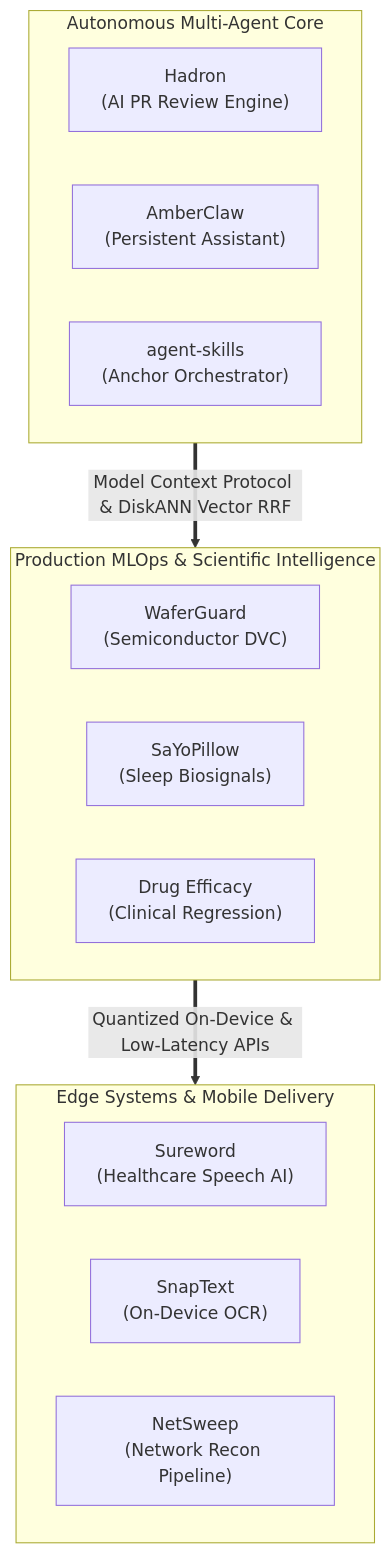
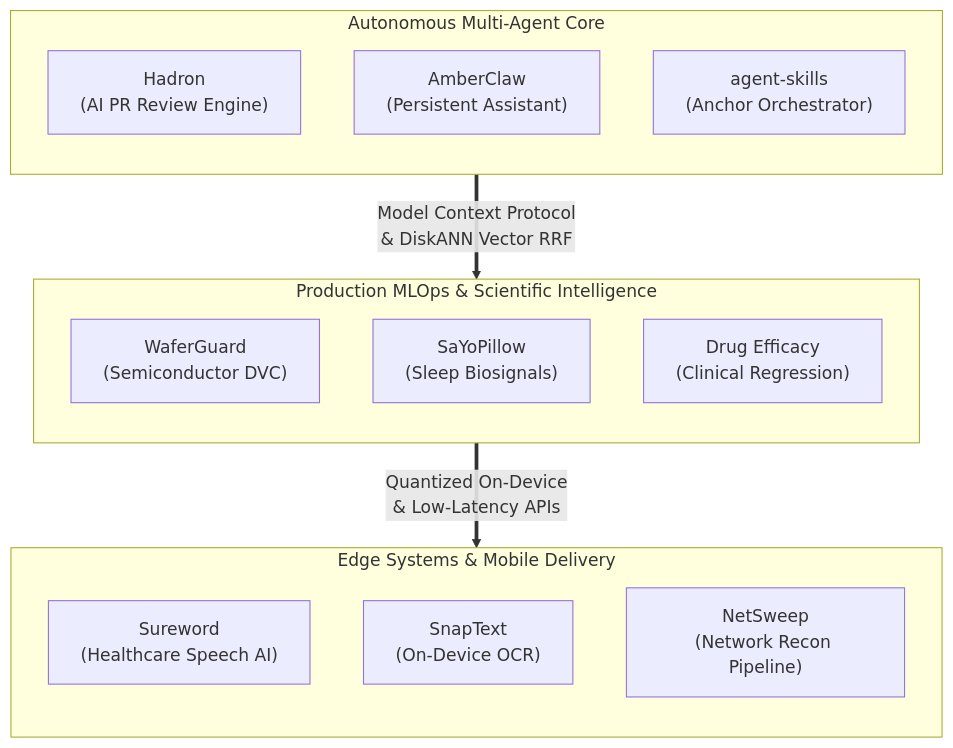
One commit to krishujeniya/krishujeniya changed the diagram in README.md. Above: the diagram before and after it, drawn with Mermaid. The commit also changed other lines of this file, not shown here.

````diff
--- a/README.md
+++ b/README.md
@@ -57,23 +46,26 @@
 ```mermaid
 flowchart TD
     subgraph MultiAgent["Autonomous Multi-Agent Core"]
+        direction TB
         A1["Hadron<br/>(AI PR Review Engine)"]
         A2["AmberClaw<br/>(Persistent Assistant)"]
         A3["agent-skills<br/>(Anchor Orchestrator)"]
     end
 
     subgraph MLOps["Production MLOps & Scientific Intelligence"]
+        direction TB
         B1["WaferGuard<br/>(Semiconductor DVC)"]
         B2["SaYoPillow<br/>(Sleep Biosignals)"]
         B3["Drug Efficacy<br/>(Clinical Regression)"]
     end
 
     subgraph Edge["Edge Systems & Mobile Delivery"]
+        direction TB
         C1["Sureword<br/>(Healthcare Speech AI)"]
         C2["SnapText<br/>(On-Device OCR)"]
         C3["NetSweep<br/>(Network Recon Pipeline)"]
     end
 
-    MultiAgent ==>|Model Context Protocol & DiskANN Vector RRF| MLOps
-    MLOps ==>|Quantized On-Device & Low-Latency APIs| Edge
+    MultiAgent ==>|Model Context Protocol<br/>& DiskANN Vector RRF| MLOps
+    MLOps ==>|Quantized On-Device<br/>& Low-Latency APIs| Edge
 ```
````
